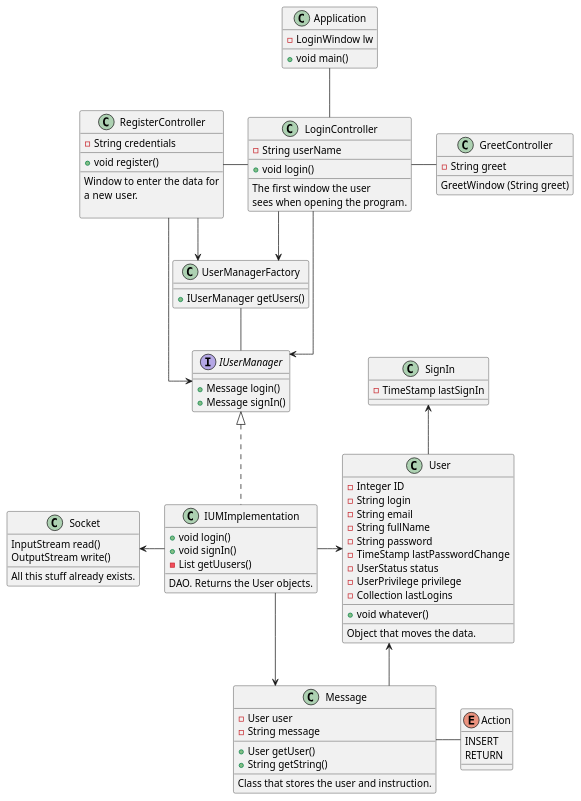
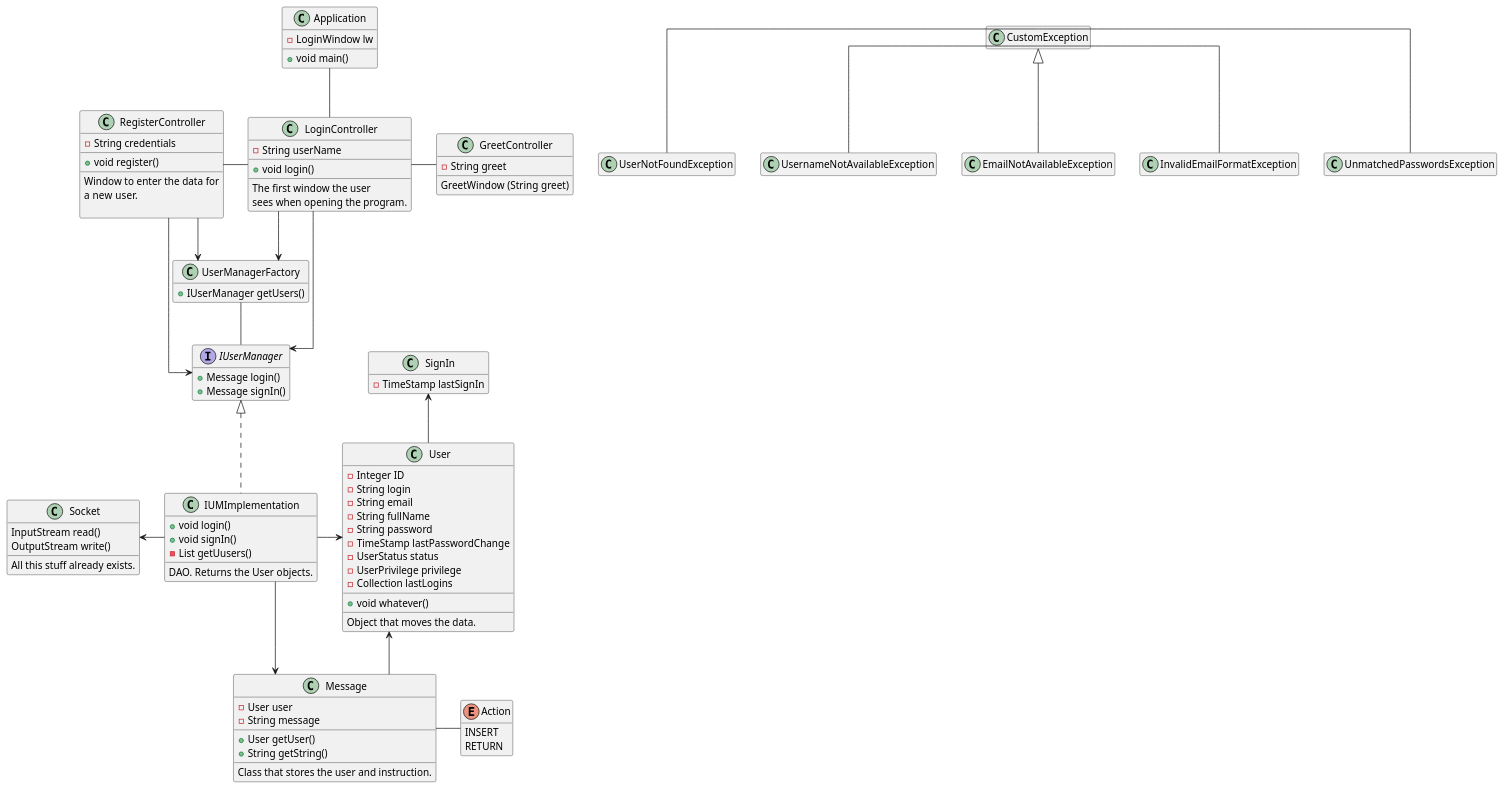
Before and after one commit to optickx/ClientReto1: the diagram in uml/client.puml, drawn with PlantUML. The commit also changed 6 other files, not shown here.

```diff
--- a/uml/client.puml
+++ b/uml/client.puml
@@ -1,154 +1,161 @@
 @startuml client
 /'Graphic properties
 '/
 
 skinparam linetype ortho
+skinparam groupInheritance 5
+hide empty members
 
 /'Main class
 '/
 class Application {
     -LoginWindow lw
     +void main()
 }
 
 /'Every window of the program.
 Three of them.'/
 class LoginController {
     -String userName
     __
     +void login()
     __
     The first window the user 
     sees when opening the program.
 }
 class RegisterController {
     -String credentials
     __
     +void register()
     __
     Window to enter the data for 
     a new user.
 
 }
 class GreetController {
     -String greet
     __
     GreetWindow (String greet)
 }
-
 /'Logic part of the program.
 '/
 interface IUserManager {
     +Message login()
     +Message signIn()
 }
 class IUMImplementation {
     +void login()
     +void signIn()
     -List getUusers()
     __
     DAO. Returns the User objects.
 }
 class UserManagerFactory {
     +IUserManager getUsers()
 }
 
-/'Pre-existing Java classes
-'/
+/'Pre-existing Java classes '/
 class Socket {
     InputStream read()
     OutputStream write()
     __
     All this stuff already exists.
 }
-
 /'Objects, etc
 '/
 class User {
     -Integer ID
     -String login
     -String email
     -String fullName
     -String password
     -TimeStamp lastPasswordChange
     -UserStatus status
     -UserPrivilege privilege
     -Collection lastLogins
     __
     +void whatever()
     __
     Object that moves the data.
 }
 class SignIn {
     -TimeStamp lastSignIn
 }
 /'Encapsulator class
 '/
 class Message {
     -User user
     -String message
     __
     +User getUser()
     +String getString()
     __
     Class that stores the user and instruction.
 }
 /'types of response'/
 enum Action {
     INSERT
     RETURN
 }
 
 /'Exceptions.
 class UserNotFoundException {
 }
 class UsernameNotAvailableException {
 }
 class EmailNotAvailableException {
 }
 class InvalidEmailFormatException {
 }
 class UnmatchedPasswordsException {
 }
 '/
 
 Application -- LoginController
 
 LoginController -right- GreetController
 LoginController -left- RegisterController
 
 LoginController -down-> UserManagerFactory
 RegisterController --> UserManagerFactory
 
 LoginController --> IUserManager
 RegisterController --> IUserManager
 
 /' It looks horrible but ya have to indicate it:
 User appears in every class from view.
 '/
 
 /'
 LoginController --> User
 RegisterController --> User
 GreetController -down-> User
 '/
 
 UserManagerFactory -- IUserManager
 IUserManager <|.. IUMImplementation
 IUMImplementation -right-> User
 
 IUMImplementation -left-> Socket
 IUMImplementation --> Message
 
 User -up-> SignIn
 User <-right- Message
 Action -left- Message
 
+
+CustomException <|-- UserNotFoundException
+CustomException <|-- UsernameNotAvailableException
+CustomException <|-- EmailNotAvailableException
+CustomException <|-- InvalidEmailFormatException
+CustomException <|-- UnmatchedPasswordsException
+
+
 /'
 IUMImplementation -down- UserNotFoundException
 IUMImplementation -down- UsernameNotAvailableException
 IUMImplementation -down- EmailNotAvailableException
 InvalidEmailFormatException -right- RegisterController
 UnmatchedPasswordsException -- RegisterController
 '/
 @enduml
```
